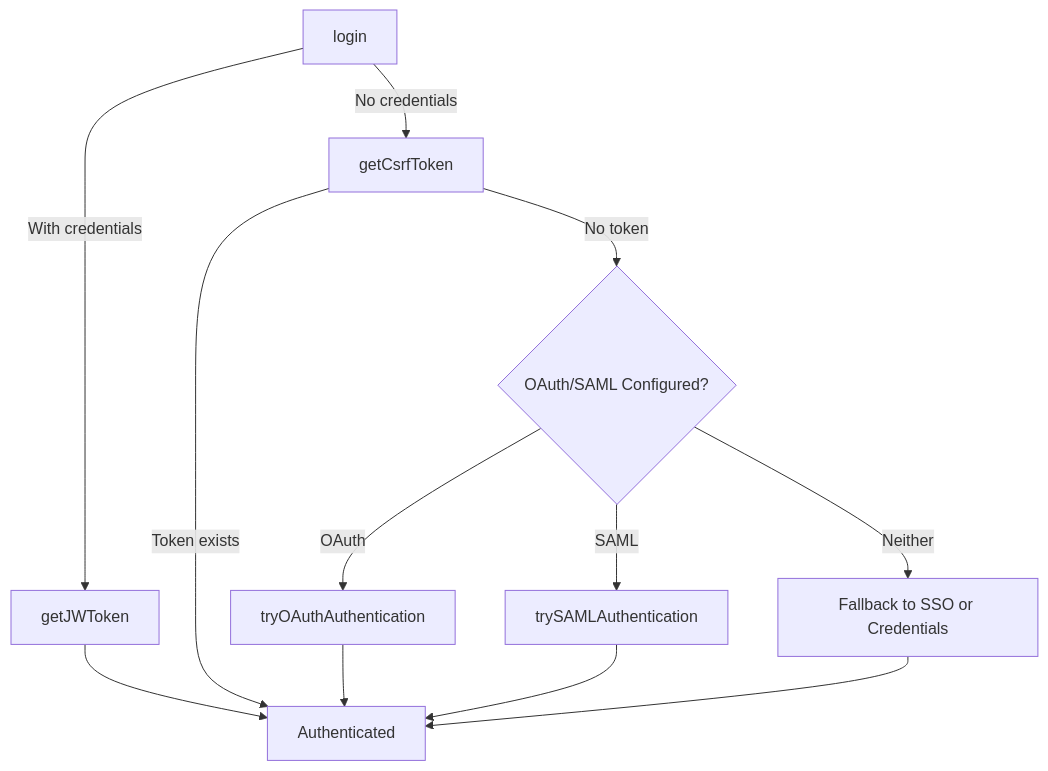
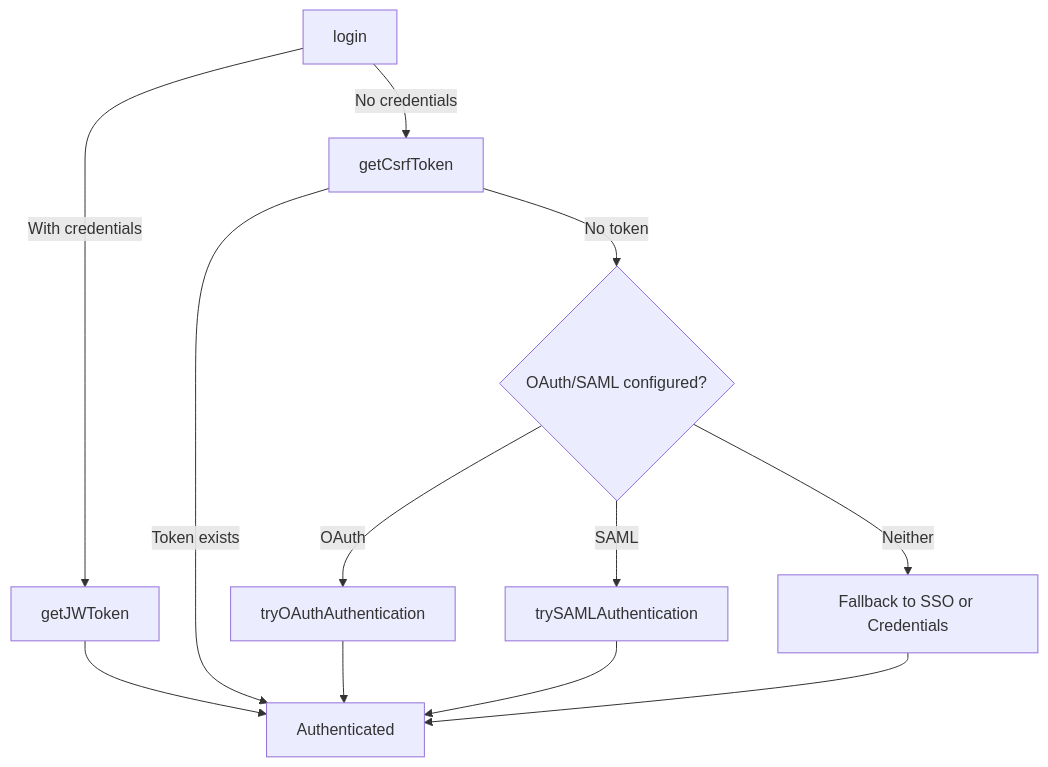
The diagram in docusaurus/docs/atomic/authentication/login.md (sinequa/sba-mint), drawn with Mermaid before and after one commit. The commit also changed other lines of this file and 271 other files, not shown here.

````diff
--- a/docusaurus/docs/atomic/authentication/login.md
+++ b/docusaurus/docs/atomic/authentication/login.md
@@ -48,14 +44,14 @@
 ```mermaid
 flowchart TD
     A[login] -->|With credentials| B[getJWToken]
     A -->|No credentials| C[getCsrfToken]
     C -->|Token exists| D[Authenticated]
-    C -->|No token| E{OAuth/SAML Configured?}
+    C -->|No token| E{OAuth/SAML configured?}
     E -->|OAuth| F[tryOAuthAuthentication]
     E -->|SAML| G[trySAMLAuthentication]
     E -->|Neither| H[Fallback to SSO or Credentials]
     B --> D
     F --> D
     G --> D
     H --> D
 ```
````
